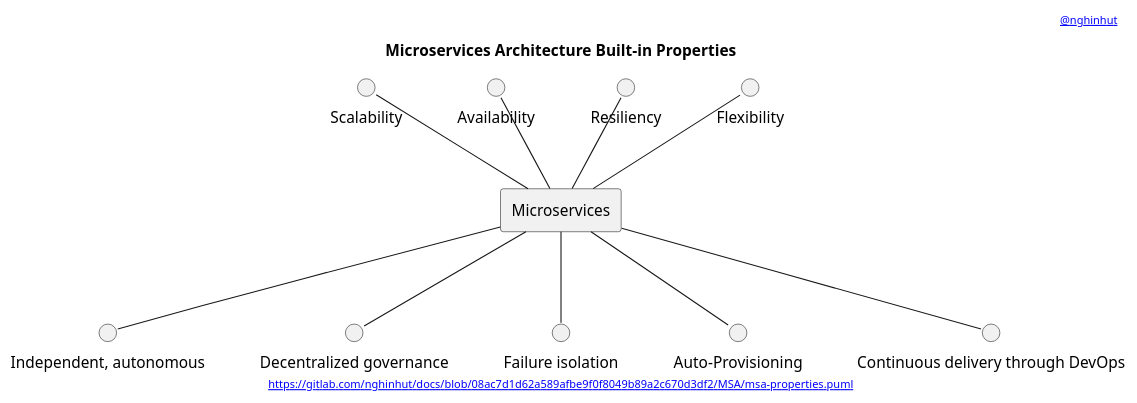
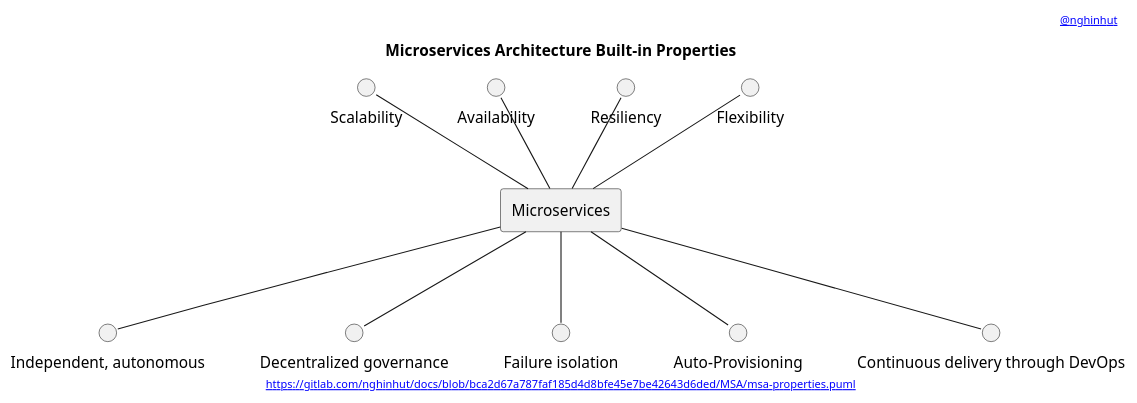
The diagram in MSA/msa-properties.puml (nghinhut/docs), drawn with PlantUML before and after one commit. The commit also changed 24 other files, not shown here.

```diff
--- a/MSA/msa-properties.puml
+++ b/MSA/msa-properties.puml
@@ -1,31 +1,31 @@
 @startuml
 '-----START auto generated metadata please keep comment here to allow auto update-----
 '-----DON'T EDIT THIS SECTION, INSTEAD RE-RUN prebuild.sh TO UPDATE-----
-header [[https://www.nghinhut.dev?from=http%5C%3A%5C%2F%5C%2Fwww%5C.plantuml%5C.com%5C%2Fplantuml%5C%2Fproxy%3Ffmt%3Dsvg%5C%26src%3Dhttps%5C%3A%5C%2F%5C%2Fgitlab%5C.com%5C%2Fnghinhut%5C%2Fdocs%5C%2Fraw%5C%2F08ac7d1d62a589afbe9f0f8049b89a2c670d3df2%5C%2FMSA%5C%2Fmsa-properties%5C.puml%0A @nghinhut]]
-footer [[http://www.plantuml.com/plantuml/proxy?fmt=svg&src=https://gitlab.com/nghinhut/docs/raw/08ac7d1d62a589afbe9f0f8049b89a2c670d3df2/MSA/msa-properties.puml https://gitlab.com/nghinhut/docs/blob/08ac7d1d62a589afbe9f0f8049b89a2c670d3df2/MSA/msa-properties.puml]]
+header [[https://www.nghinhut.dev?from=http%5C%3A%5C%2F%5C%2Fwww%5C.plantuml%5C.com%5C%2Fplantuml%5C%2Fproxy%3Ffmt%3Dsvg%5C%26src%3Dhttps%5C%3A%5C%2F%5C%2Fgitlab%5C.com%5C%2Fnghinhut%5C%2Fdocs%5C%2Fraw%5C%2Fbca2d67a787faf185d4d8bfe45e7be42643d6ded%5C%2FMSA%5C%2Fmsa-properties%5C.puml%0A @nghinhut]]
+footer [[http://www.plantuml.com/plantuml/proxy?fmt=svg&src=https://gitlab.com/nghinhut/docs/raw/bca2d67a787faf185d4d8bfe45e7be42643d6ded/MSA/msa-properties.puml https://gitlab.com/nghinhut/docs/blob/bca2d67a787faf185d4d8bfe45e7be42643d6ded/MSA/msa-properties.puml]]
 '-----END auto generated metadata please keep comment here to allow auto update-----
 title Microservices Architecture Built-in Properties
 
 rectangle "Microservices" as msa
 
 circle "Scalability" as scalability
 circle "Availability" as availability
 circle "Resiliency" as resiliency
 circle "Flexibility" as flexibility
 circle "Independent, autonomous" as independent_autonomous
 circle "Decentralized governance" as decentralized_governance
 circle "Failure isolation" as failure_isolation
 circle "Auto-Provisioning" as auto_provisioning
 circle "Continuous delivery through DevOps" as cd
 
 scalability -- msa
 availability -- msa
 resiliency -- msa
 flexibility -- msa
 msa -- independent_autonomous
 msa -- decentralized_governance
 msa -- failure_isolation
 msa -- auto_provisioning
 msa -- cd
 
 @enduml
```
